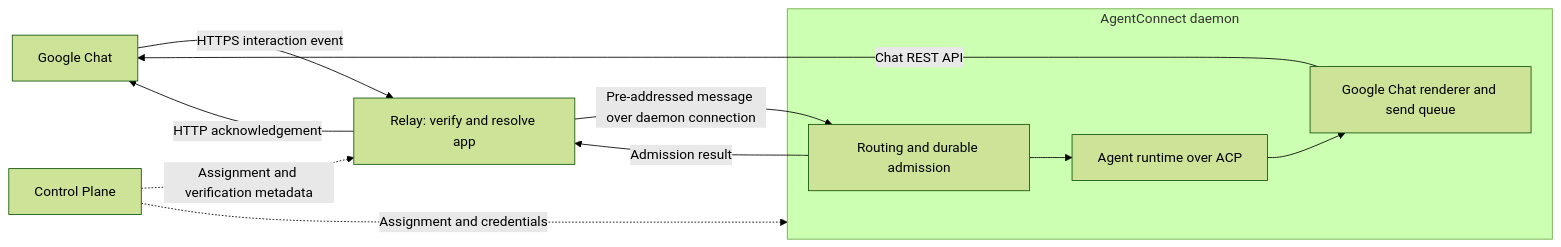
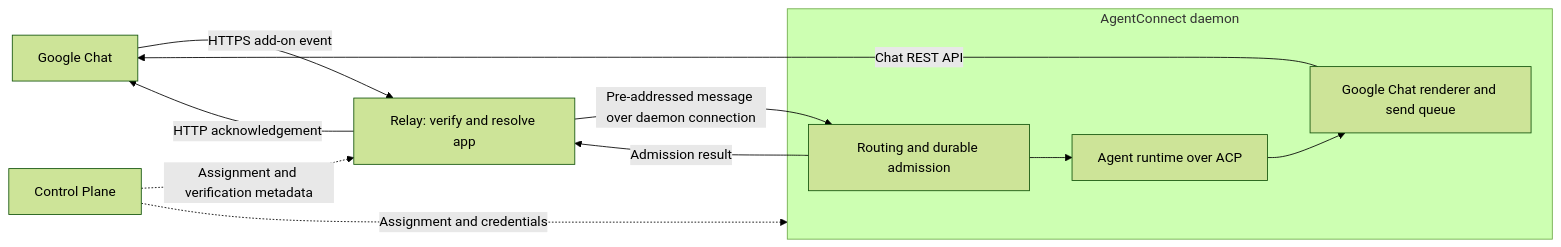
The diagram in docs/designs/google-chat-integration.md (Harbor404/agentconnect), drawn with Mermaid (forest theme) before and after one commit. The commit also changed other lines of this file and 45 other files, not shown here.

````diff
--- a/docs/designs/google-chat-integration.md
+++ b/docs/designs/google-chat-integration.md
@@ -64,15 +66,15 @@
 ```mermaid
 flowchart LR
-    G[Google Chat] -->|HTTPS interaction event| L[Relay: verify and resolve app]
+    G[Google Chat] -->|HTTPS add-on event| L[Relay: verify and resolve app]
     L -->|Pre-addressed message over daemon connection| R
     subgraph D[AgentConnect daemon]
         R[Routing and durable admission]
         R --> A[Agent runtime over ACP]
         A --> O[Google Chat renderer and send queue]
     end
     R -->|Admission result| L
     L -->|HTTP acknowledgement| G
     O -->|Chat REST API| G
     C[Control Plane] -.->|Assignment and verification metadata| L
     C -.->|Assignment and credentials| D
 ```
````
